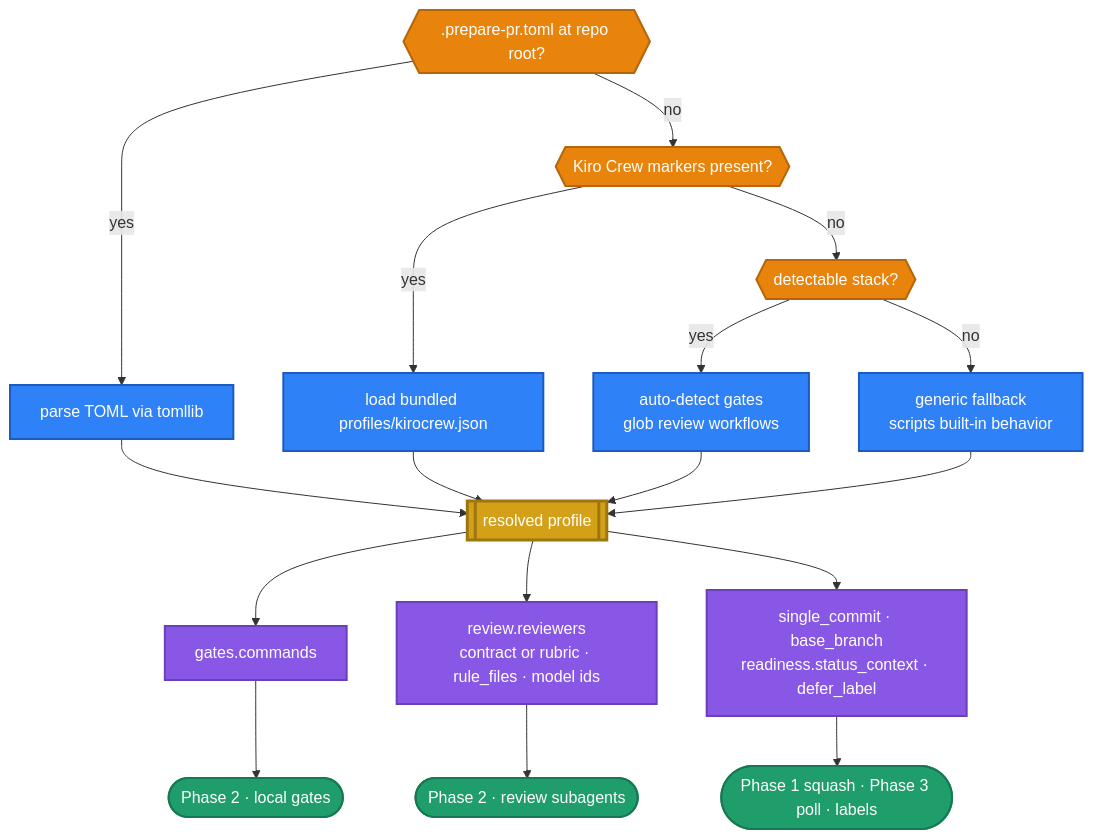
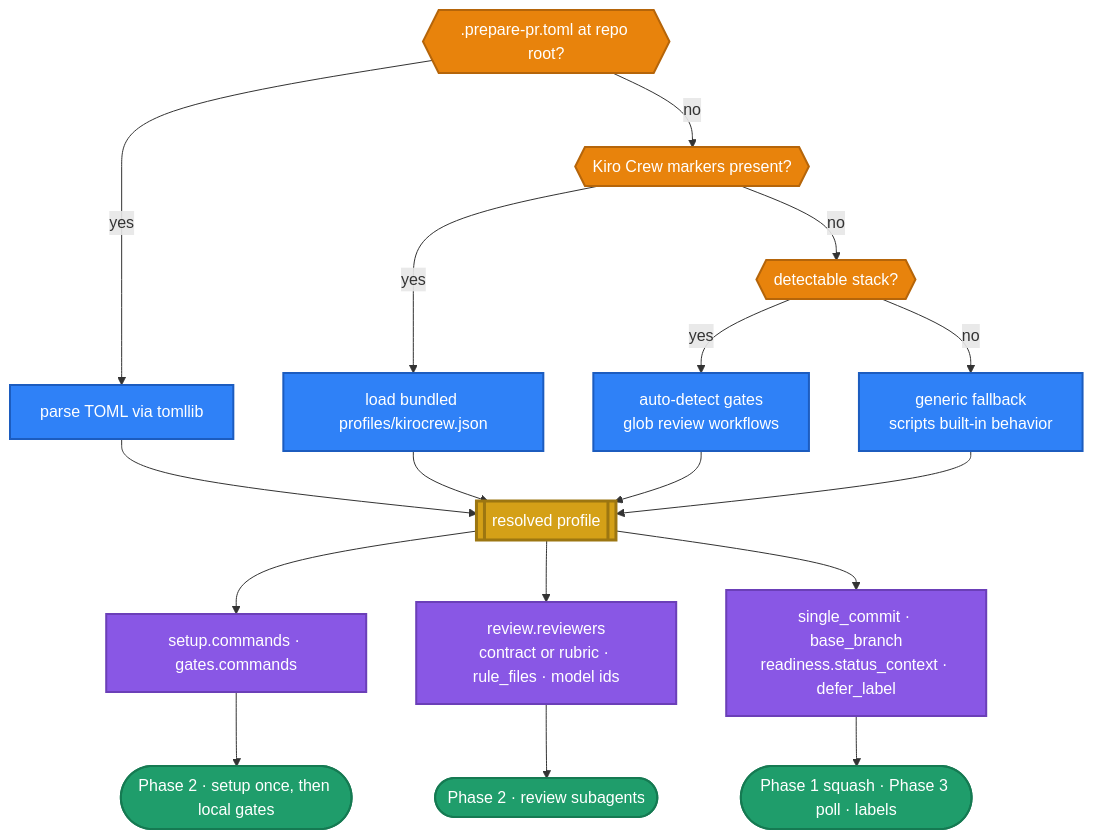
One commit to Arin016/KiroCrew changed the second of 2 diagrams in docs/ci/prepare-pr-portability.md. Above: the diagram before and after it, drawn with Mermaid. The commit also changed other lines of this file and 5 other files, not shown here.

Commit message:
refactor(prepare-pr): separate setup from validation gates

````diff
--- a/docs/ci/prepare-pr-portability.md
+++ b/docs/ci/prepare-pr-portability.md
@@ -247,35 +256,35 @@
 ```mermaid
 flowchart TB
     C1{{".prepare-pr.toml at repo root?"}}
     C1 -->|"yes"| P1["parse TOML via tomllib"]
     C1 -->|"no"| C2{{"Kiro Crew markers present?"}}
     C2 -->|"yes"| P2["load bundled profiles/kirocrew.json"]
     C2 -->|"no"| C3{{"detectable stack?"}}
     C3 -->|"yes"| P3["auto-detect gates<br/>glob review workflows"]
     C3 -->|"no"| P4["generic fallback<br/>scripts built-in behavior"]
 
     P1 --> PROF[["resolved profile"]]
     P2 --> PROF
     P3 --> PROF
     P4 --> PROF
 
-    PROF --> A1["gates.commands"]
+    PROF --> A1["setup.commands · gates.commands"]
     PROF --> A2["review.reviewers<br/>contract or rubric · rule_files · model ids"]
     PROF --> A3["single_commit · base_branch<br/>readiness.status_context · defer_label"]
 
-    A1 --> N1(["Phase 2 · local gates"])
+    A1 --> N1(["Phase 2 · setup once, then local gates"])
     A2 --> N2(["Phase 2 · review subagents"])
     A3 --> N3(["Phase 1 squash · Phase 3 poll · labels"])
 
     classDef cond fill:#e8830c,stroke:#b5650a,stroke-width:2px,color:#fff;
     classDef path fill:#2f81f7,stroke:#1c5cbf,stroke-width:2px,color:#fff;
     classDef prof fill:#d4a017,stroke:#9c7611,stroke-width:3px,color:#fff;
     classDef axis fill:#8957e5,stroke:#6b3fb8,stroke-width:2px,color:#fff;
     classDef node fill:#1f9d6b,stroke:#157a52,stroke-width:2px,color:#fff;
 
     class C1,C2,C3 cond;
     class P1,P2,P3,P4 path;
     class PROF prof;
     class A1,A2,A3 axis;
     class N1,N2,N3 node;
 ```
````
